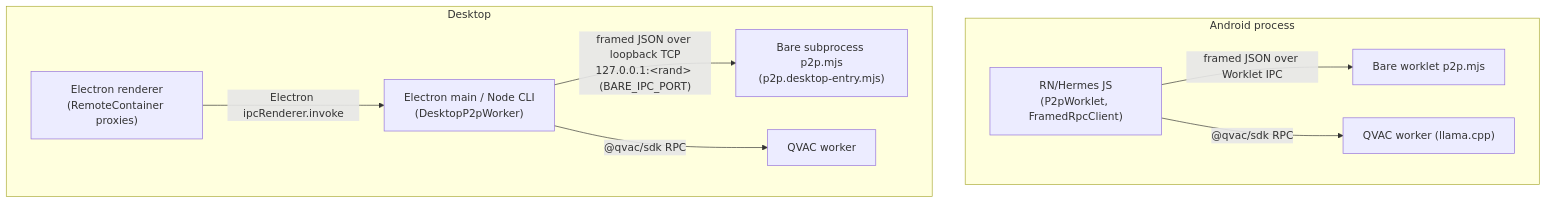
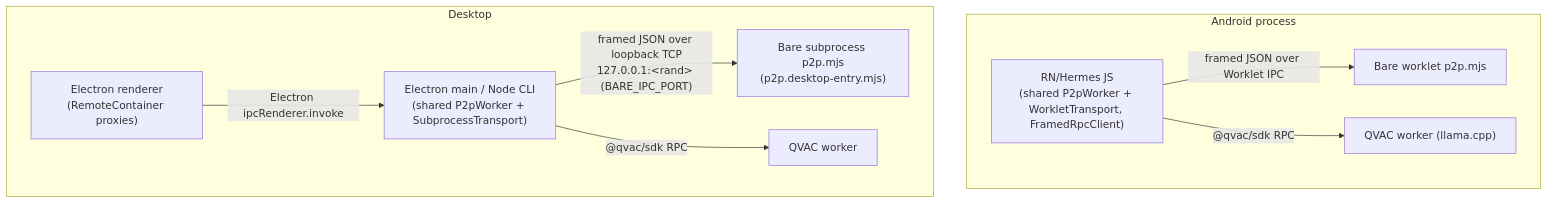
One commit to Helldez/Resonance changed the seventh of 9 diagrams in docs/DIAGRAMS.md. Above: the diagram before and after it, drawn with Mermaid. The commit also changed other lines of this file and 7 other files, not shown here.

````diff
--- a/docs/DIAGRAMS.md
+++ b/docs/DIAGRAMS.md
@@ -276,20 +278,20 @@
 ```mermaid
 flowchart TB
     subgraph MobileProc["Android process"]
-        RNm["RN/Hermes JS<br/>(P2pWorklet, FramedRpcClient)"]
+        RNm["RN/Hermes JS<br/>(shared P2pWorker + WorkletTransport, FramedRpcClient)"]
         Bm["Bare worklet p2p.mjs"]
         Qm["QVAC worker (llama.cpp)"]
         RNm -- "framed JSON over Worklet IPC" --> Bm
         RNm -- "@qvac/sdk RPC" --> Qm
     end
 
     subgraph DesktopProc["Desktop"]
-        El["Electron main / Node CLI<br/>(DesktopP2pWorker)"]
+        El["Electron main / Node CLI<br/>(shared P2pWorker + SubprocessTransport)"]
         Bd["Bare subprocess p2p.mjs<br/>(p2p.desktop-entry.mjs)"]
         Ren["Electron renderer<br/>(RemoteContainer proxies)"]
         Qd["QVAC worker"]
         Ren -- "Electron ipcRenderer.invoke" --> El
         El -- "framed JSON over loopback TCP<br/>127.0.0.1:&lt;rand&gt; (BARE_IPC_PORT)" --> Bd
         El -- "@qvac/sdk RPC" --> Qd
     end
 ```
````
